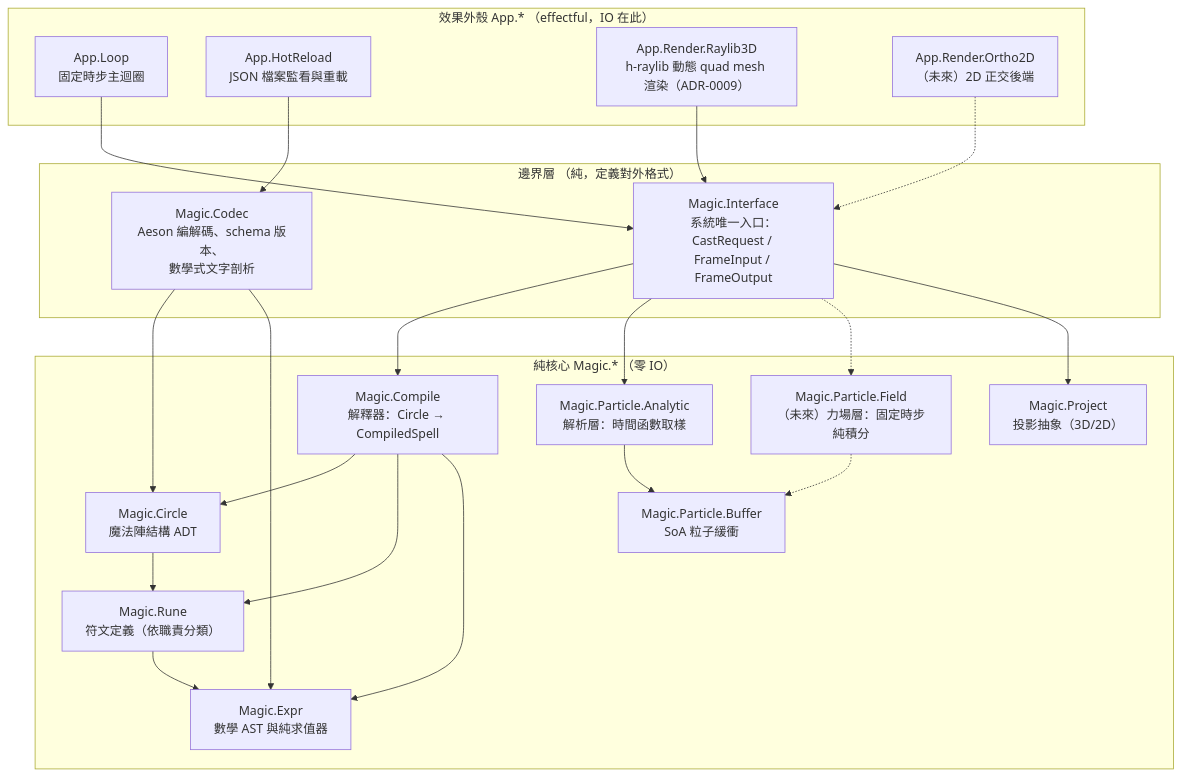
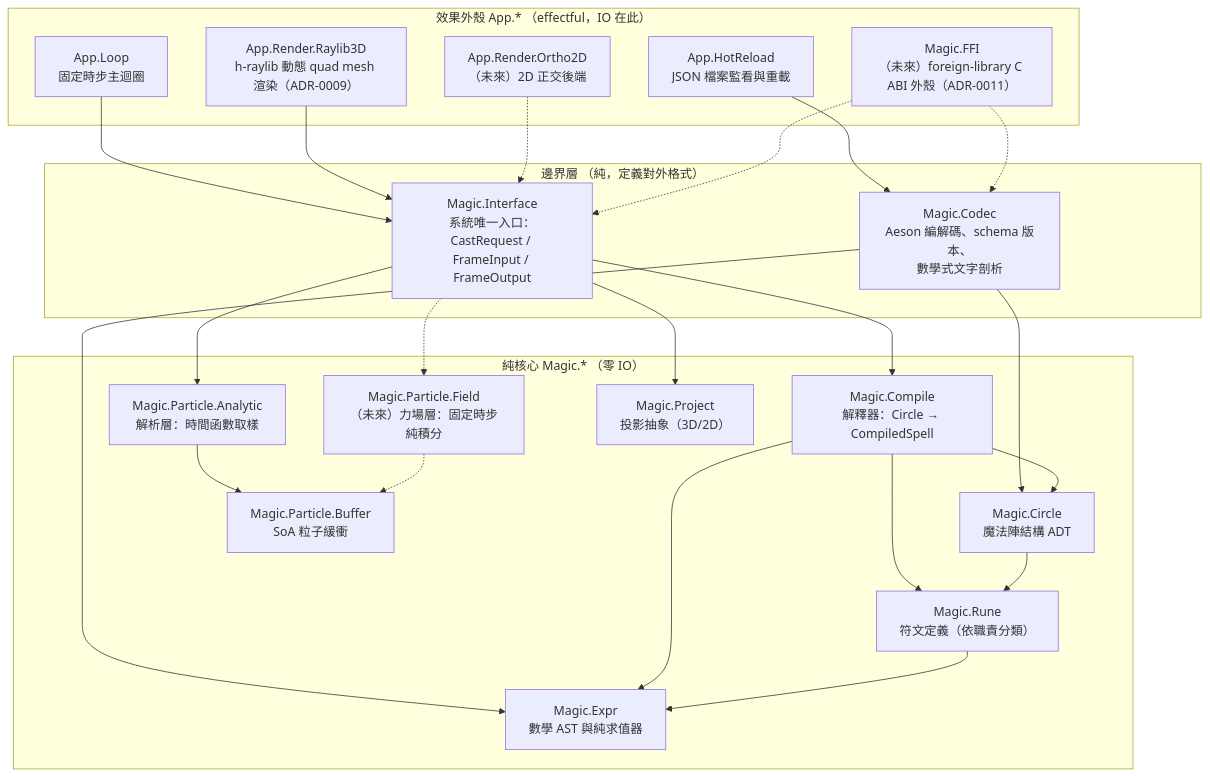
One commit to utomore/particle-magic-system changed the first of 4 diagrams in docs/architecture.md. Above: the diagram before and after it, drawn with Mermaid. The commit also changed other lines of this file and 4 other files, not shown here.

First line of the commit message:
Add ADR-0011 (C ABI FFI boundary) + func-spec 0009 (foreign-library shell)

````diff
--- a/docs/architecture.md
+++ b/docs/architecture.md
@@ -39,45 +39,48 @@
 ```mermaid
 flowchart TD
     subgraph Shell["效果外殼 App.* （effectful，IO 在此）"]
         Loop["App.Loop<br/>固定時步主迴圈"]
         HotReload["App.HotReload<br/>JSON 檔案監看與重載"]
         Render3D["App.Render.Raylib3D<br/>h-raylib 動態 quad mesh 渲染（ADR-0009）"]
         Render2D["App.Render.Ortho2D<br/>（未來）2D 正交後端"]
+        FFIShell["Magic.FFI<br/>（未來）foreign-library C ABI 外殼（ADR-0011）"]
     end
 
     subgraph Boundary["邊界層 （純，定義對外格式）"]
         Interface["Magic.Interface<br/>系統唯一入口：<br/>CastRequest / FrameInput / FrameOutput"]
         Codec["Magic.Codec<br/>Aeson 編解碼、schema 版本、<br/>數學式文字剖析"]
     end
 
     subgraph Core["純核心 Magic.* （零 IO）"]
         Circle["Magic.Circle<br/>魔法陣結構 ADT"]
         Rune["Magic.Rune<br/>符文定義（依職責分類）"]
         Expr["Magic.Expr<br/>數學 AST 與純求值器"]
         Compile["Magic.Compile<br/>解釋器：Circle → CompiledSpell"]
         Analytic["Magic.Particle.Analytic<br/>解析層：時間函數取樣"]
         Field["Magic.Particle.Field<br/>（未來）力場層：固定時步純積分"]
         Buffer["Magic.Particle.Buffer<br/>SoA 粒子緩衝"]
         Project["Magic.Project<br/>投影抽象（3D/2D）"]
     end
 
     Loop --> Interface
     HotReload --> Codec
     Render3D --> Interface
     Render2D -.-> Interface
+    FFIShell -.-> Interface
+    FFIShell -.-> Codec
 
     Interface --> Compile
     Interface --> Analytic
     Interface -.-> Field
     Codec --> Circle
     Codec --> Expr
 
     Compile --> Circle
     Compile --> Rune
     Compile --> Expr
     Circle --> Rune
     Rune --> Expr
     Analytic --> Buffer
     Field -.-> Buffer
     Interface --> Project
 ```
````
